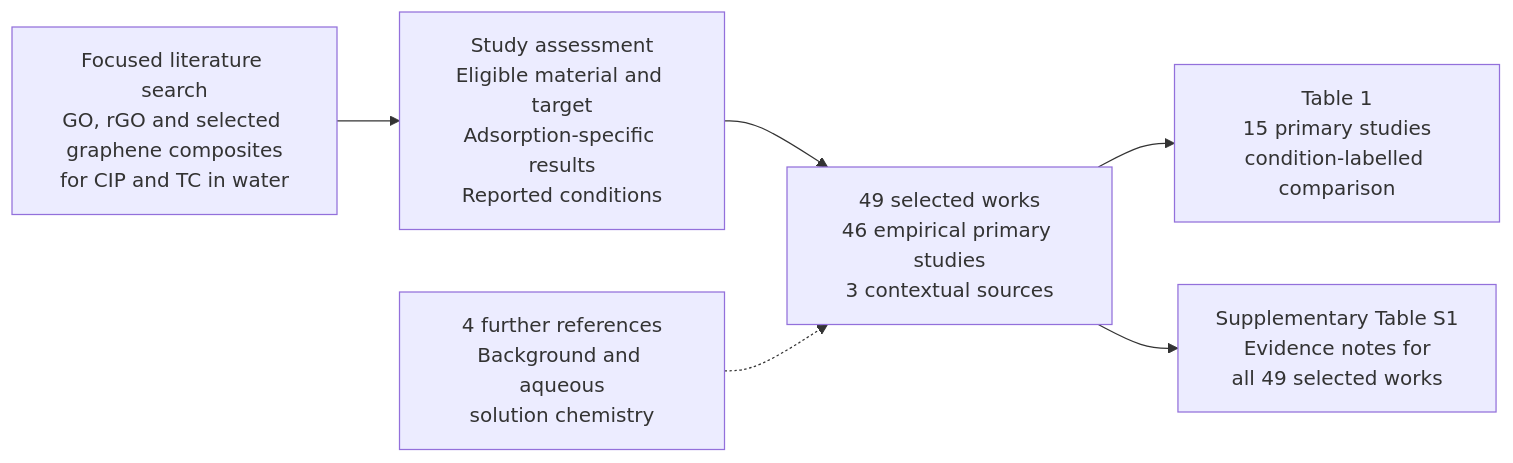
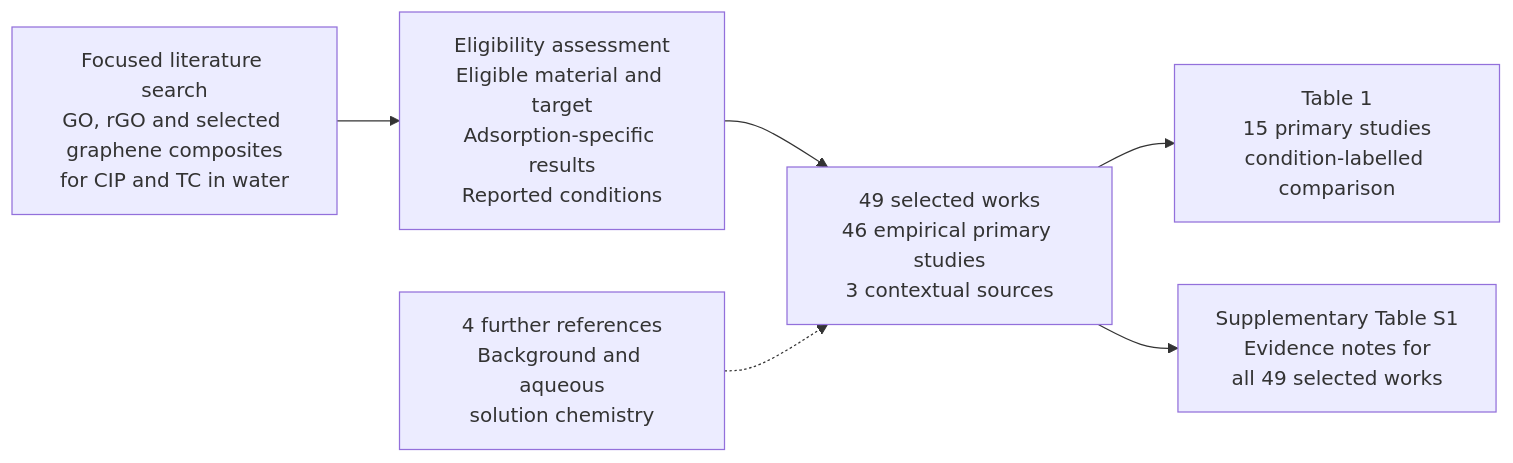
One commit to zaidkhan005/reviewAdsorbants changed the second of 5 diagrams in manuscript/SEMESTER_MANUSCRIPT_ASSEMBLED_SOURCE_V2.md. Above: the diagram before and after it, drawn with Mermaid. The commit also changed other lines of this file and 1 other file, not shown here.

Commit message:
Make Figure 2 and selection notes reader-facing

````diff
--- a/manuscript/SEMESTER_MANUSCRIPT_ASSEMBLED_SOURCE_V2.md
+++ b/manuscript/SEMESTER_MANUSCRIPT_ASSEMBLED_SOURCE_V2.md
@@ -136,13 +134,13 @@
 ```mermaid
 flowchart LR
     A["Focused literature search<br/>GO, rGO and selected graphene composites<br/>for CIP and TC in water"]
-    B["Study assessment<br/>Eligible material and target<br/>Adsorption-specific results<br/>Reported conditions"]
+    B["Eligibility assessment<br/>Eligible material and target<br/>Adsorption-specific results<br/>Reported conditions"]
     C["49 selected works<br/>46 empirical primary studies<br/>3 contextual sources"]
     D["Table 1<br/>15 primary studies<br/>condition-labelled comparison"]
     E["Supplementary Table S1<br/>Evidence notes for<br/>all 49 selected works"]
     F["4 further references<br/>Background and aqueous<br/>solution chemistry"]
     A --> B --> C
     C --> D
     C --> E
     F -.-> C
 ```
````
